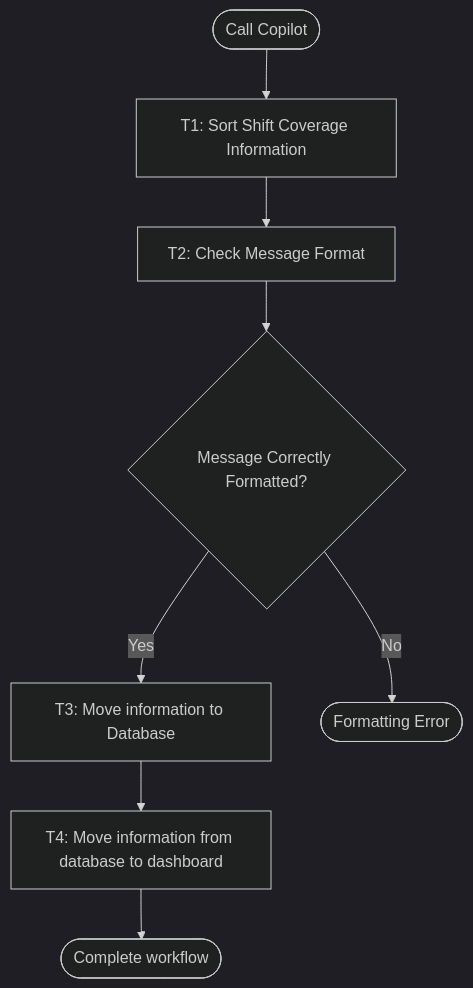
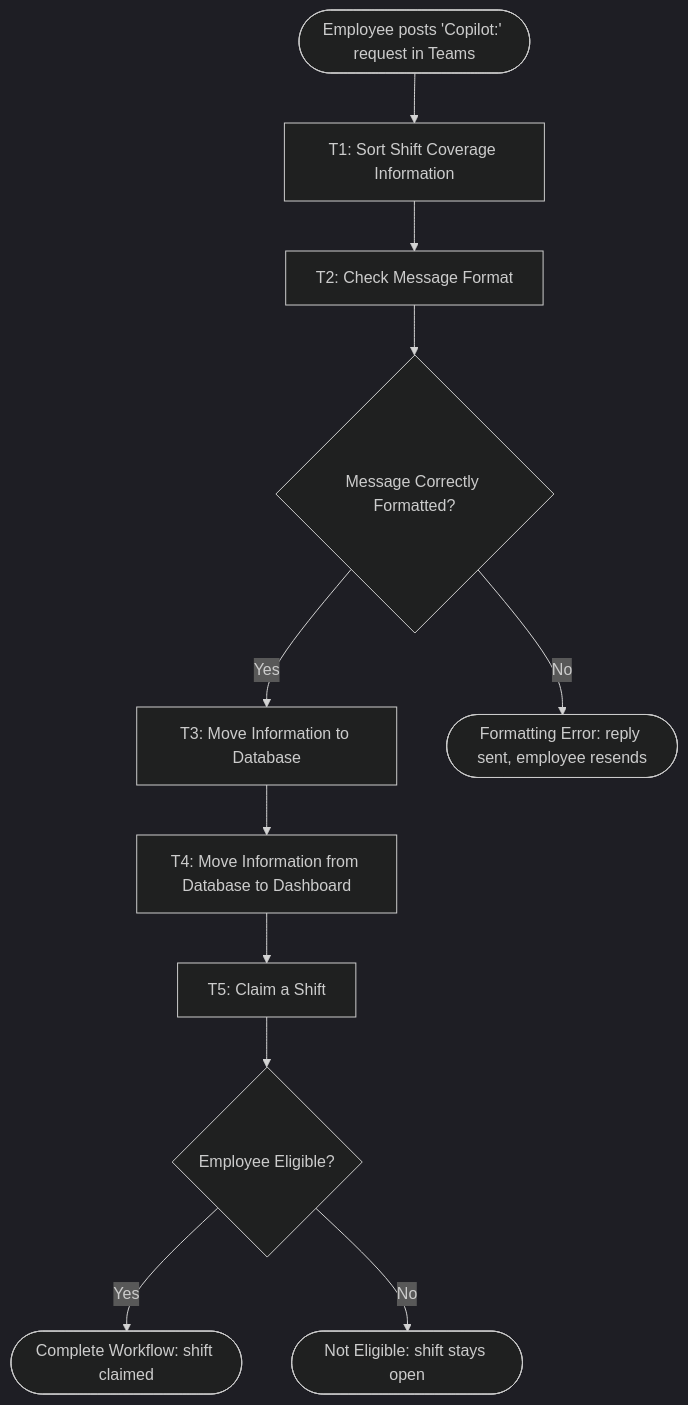
One commit to arlowe928-lab/BUS4498_Team_Build- changed the diagram in our_team_agent/agent/workflow-of-tasks.md. Above: the diagram before and after it, drawn with Mermaid (dark theme). The commit also changed other lines of this file and 7 other files, not shown here.

First line of the commit message:
Complete task specs, add Claim a Shift task, and fix workflow

````diff
--- a/our_team_agent/agent/workflow-of-tasks.md
+++ b/our_team_agent/agent/workflow-of-tasks.md
@@ -29,18 +41,24 @@
 ```mermaid
 flowchart TD
-    START(["Call Copilot "])
-    T1["T1: Sort Shift Coverage Information "]
+    START(["Employee posts 'Copilot:' request in Teams"])
+    T1["T1: Sort Shift Coverage Information"]
     T2["T2: Check Message Format"]
-    D1{"Message Correctly Formatted? "}
-    T3["T3: Move information to Database "]
-    T4["T4: Move information from database to dashboard "]
-    END(["Complete workflow"])
-    STOP1(["Formatting Error "])
+    D1{"Message Correctly Formatted?"}
+    T3["T3: Move Information to Database"]
+    T4["T4: Move Information from Database to Dashboard"]
+    T5["T5: Claim a Shift"]
+    D2{"Employee Eligible?"}
+    END(["Complete Workflow: shift claimed"])
+    STOP1(["Formatting Error: reply sent, employee resends"])
+    STOP2(["Not Eligible: shift stays open"])
     START --> T1
     T1 --> T2
     T2 --> D1
     D1 -->|"Yes"| T3
     D1 -->|"No"| STOP1
     T3 --> T4
-    T4 --> END
+    T4 --> T5
+    T5 --> D2
+    D2 -->|"Yes"| END
+    D2 -->|"No"| STOP2
 ```
````
